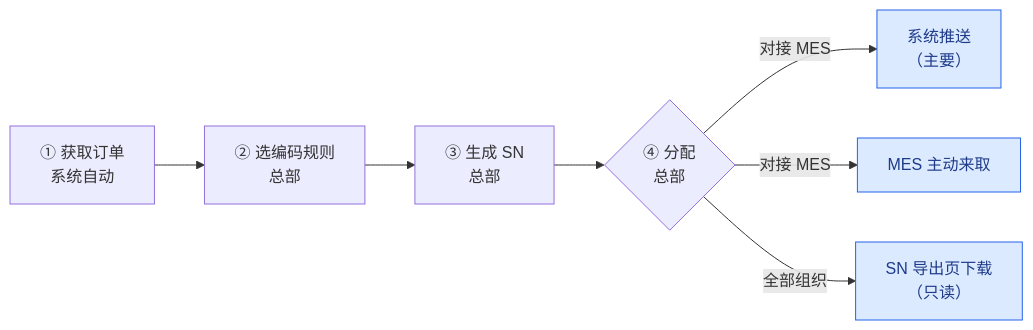
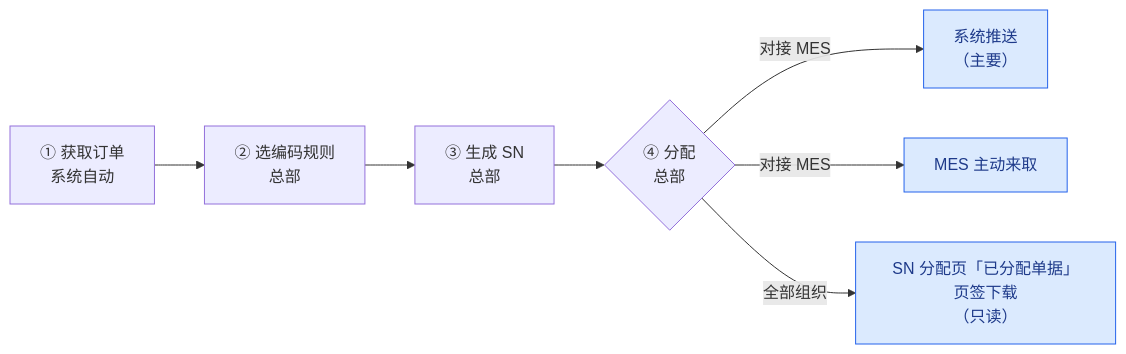
The diagram in docs/SN 防重管控业务说明.md (Createsnow/sn-center), drawn with Mermaid before and after one commit. The commit also changed other lines of this file and 21 other files, not shown here.

````diff
--- a/docs/SN 防重管控业务说明.md
+++ b/docs/SN 防重管控业务说明.md
@@ -74,11 +74,11 @@
 ```mermaid
 flowchart LR
   A["① 获取订单<br/>系统自动"] --> B["② 选编码规则<br/>总部"]
   B --> C["③ 生成 SN<br/>总部"]
   C --> D{"④ 分配<br/>总部"}
   D -->|对接 MES| E["系统推送<br/>（主要）"]
   D -->|对接 MES| F["MES 主动来取"]
-  D -->|全部组织| G["SN 导出页下载<br/>（只读）"]
+  D -->|全部组织| G["SN 分配页「已分配单据」页签下载<br/>（只读）"]
   classDef site fill:#dbeafe,stroke:#2563eb,color:#1e3a8a
   class E,F,G site
 ```
````
